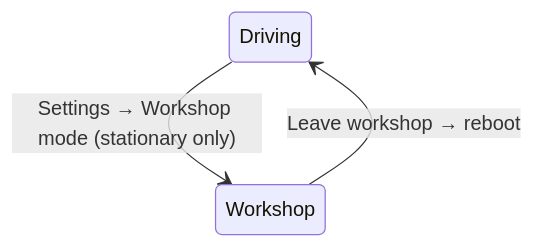
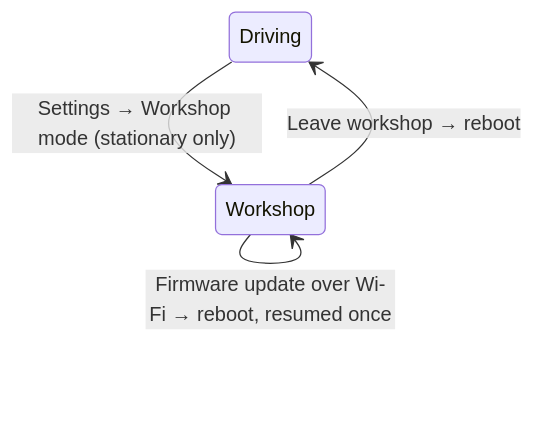
The diagram in docs/architecture/workshop-mode.md (CANShift/canshift-firmware), drawn with Mermaid before and after one commit. The commit also changed other lines of this file and 15 other files, not shown here.

Commit message:
feat: resume workshop mode once after a Wi-Fi firmware update

````diff
--- a/docs/architecture/workshop-mode.md
+++ b/docs/architecture/workshop-mode.md
@@ -34,5 +30,6 @@
 ```mermaid
 stateDiagram-v2
     Driving --> Workshop: Settings → Workshop mode (stationary only)
     Workshop --> Driving: Leave workshop → reboot
+    Workshop --> Workshop: Firmware update over Wi-Fi → reboot, resumed once
 ```
````
